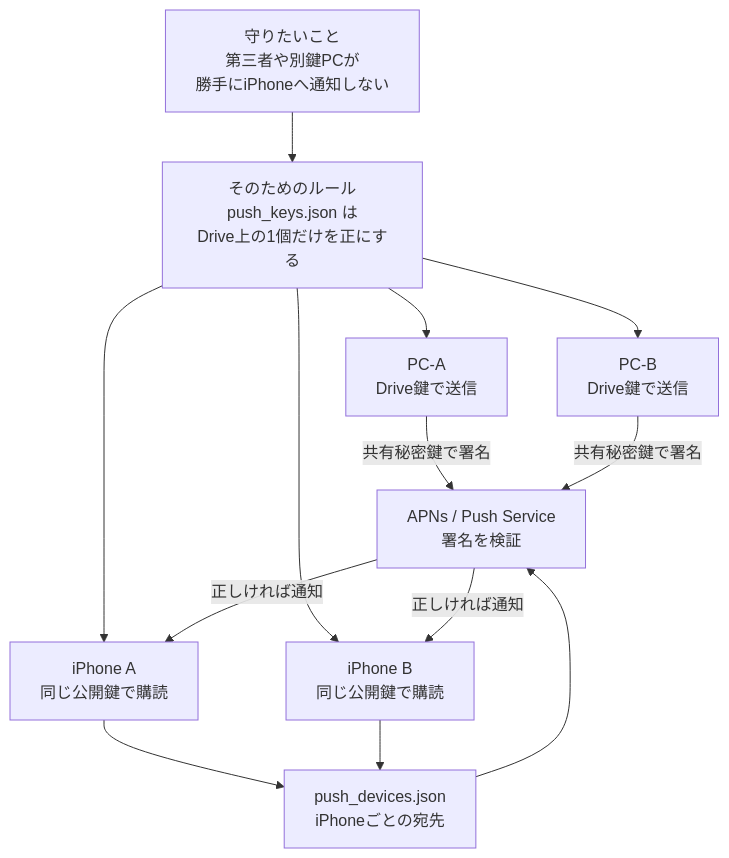
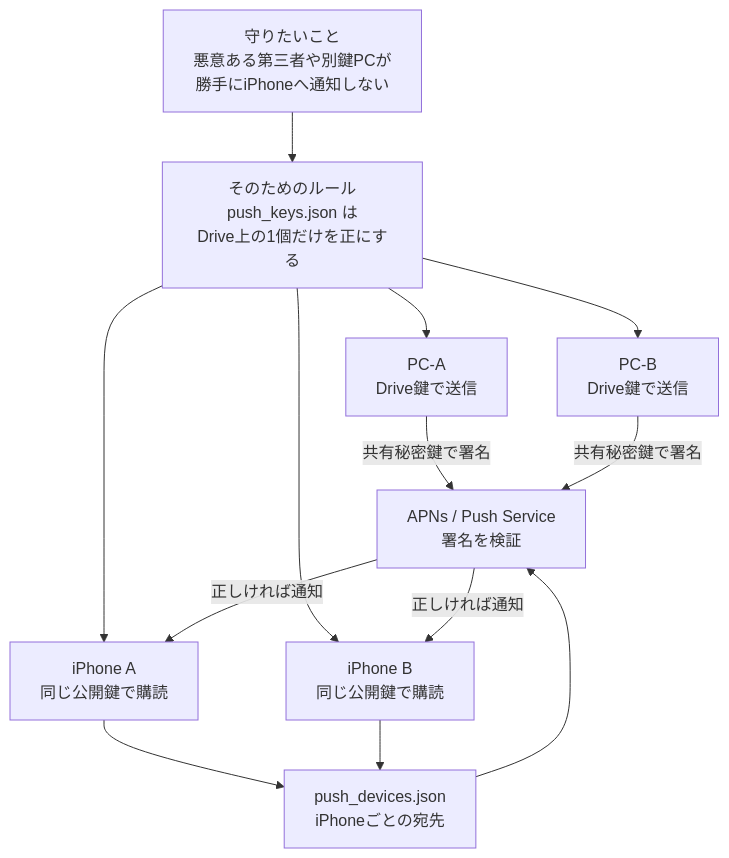
One commit to ore-no-fusen/ore-no-fusen changed the third of 9 diagrams in docs-v2/003_IPHONE.md. Above: the diagram before and after it, drawn with Mermaid. The commit also changed other lines of this file and 20 other files, not shown here.

````diff
--- a/docs-v2/003_IPHONE.md
+++ b/docs-v2/003_IPHONE.md
@@ -535,17 +633,17 @@
 ```mermaid
 flowchart TD
-    Threat["守りたいこと<br>第三者や別鍵PCが<br>勝手にiPhoneへ通知しない"] --> Rule["そのためのルール<br>push_keys.json は<br>Drive上の1個だけを正にする"]
+    Threat["守りたいこと<br>悪意ある第三者や別鍵PCが<br>勝手にiPhoneへ通知しない"] --> Rule["そのためのルール<br>push_keys.json は<br>Drive上の1個だけを正にする"]
 
     Rule --> PC1["PC-A<br>Drive鍵で送信"]
     Rule --> PC2["PC-B<br>Drive鍵で送信"]
     Rule --> IP1["iPhone A<br>同じ公開鍵で購読"]
     Rule --> IP2["iPhone B<br>同じ公開鍵で購読"]
 
     IP1 --> Devices["push_devices.json<br>iPhoneごとの宛先"]
     IP2 --> Devices
     PC1 -->|"共有秘密鍵で署名"| APNs["APNs / Push Service<br>署名を検証"]
     PC2 -->|"共有秘密鍵で署名"| APNs
     Devices --> APNs
     APNs -->|"正しければ通知"| IP1
     APNs -->|"正しければ通知"| IP2
 ```
````
